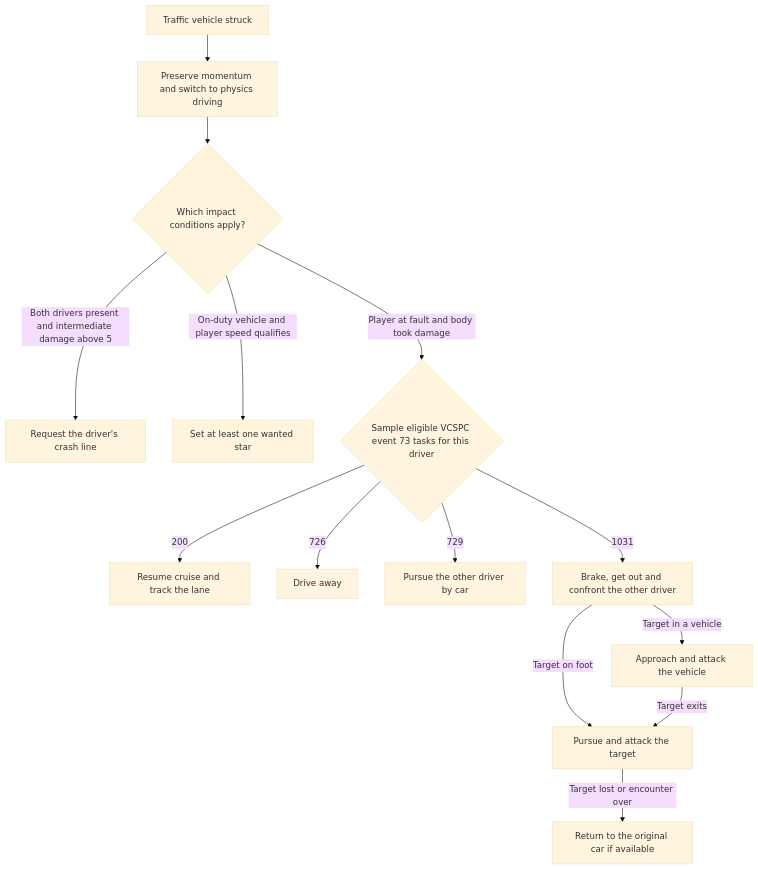
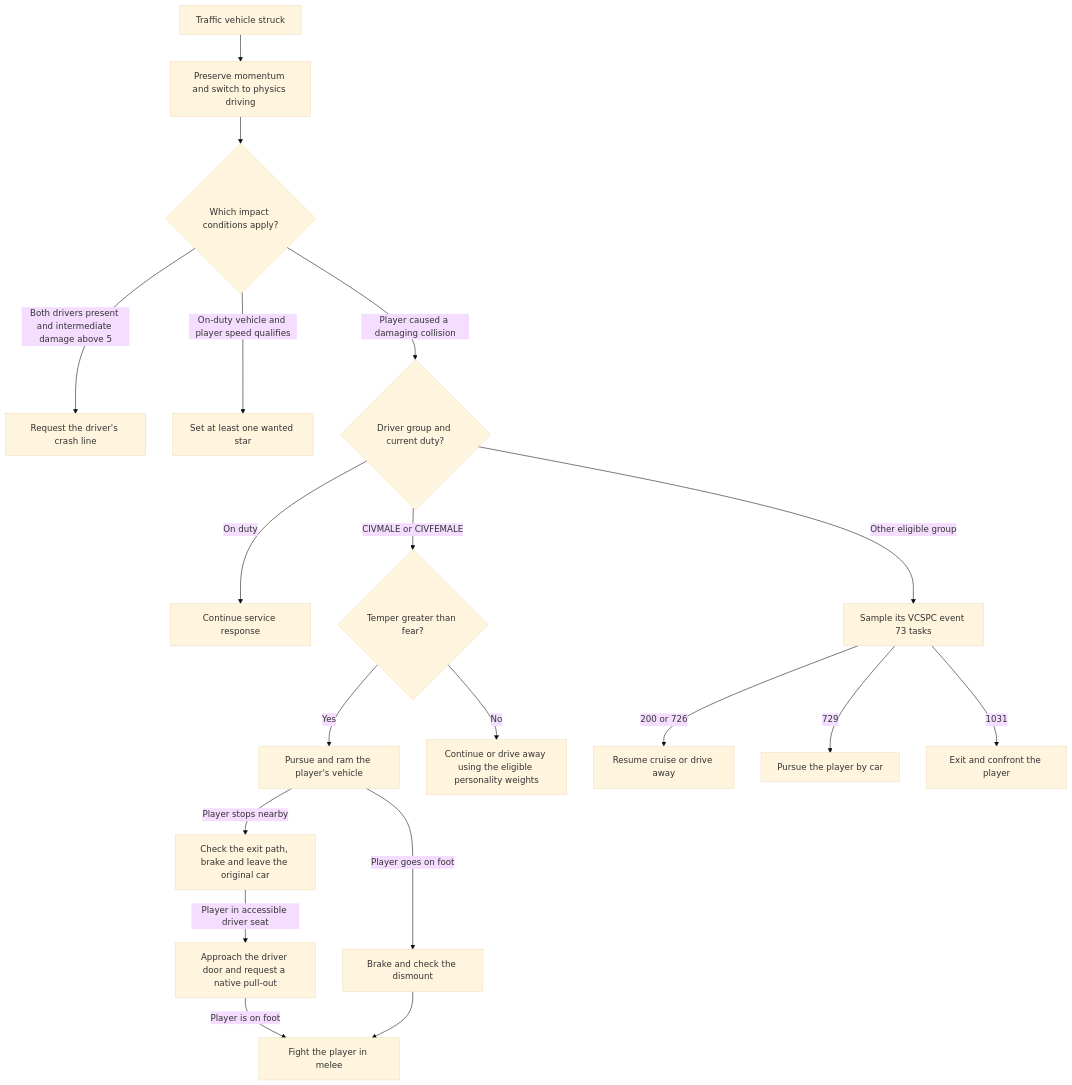
The diagram in docs/vcs-vehicle-impact.md (gta191977649/MTA-VCS), drawn with Mermaid (base theme) before and after one commit. The commit also changed other lines of this file and 64 other files, not shown here.

````diff
--- a/docs/vcs-vehicle-impact.md
+++ b/docs/vcs-vehicle-impact.md
@@ -68,16 +68,21 @@
 ```mermaid
 flowchart TD
     A["Traffic vehicle struck"] --> B["Preserve momentum and switch to physics driving"]
     B --> C{"Which impact conditions apply?"}
     C -->|Both drivers present and intermediate damage above 5| D["Request the driver's crash line"]
     C -->|On-duty vehicle and player speed qualifies| E["Set at least one wanted star"]
-    C -->|Player at fault and body took damage| F{"Sample eligible VCSPC event 73 tasks for this driver"}
-    F -->|200| G["Resume cruise and track the lane"]
-    F -->|726| H["Drive away"]
-    F -->|729| I["Pursue the other driver by car"]
-    F -->|1031| J["Brake, get out and confront the other driver"]
-    J -->|Target in a vehicle| K["Approach and attack the vehicle"]
-    J -->|Target on foot| L["Pursue and attack the target"]
-    K -->|Target exits| L
-    L -->|Target lost or encounter over| M["Return to the original car if available"]
+    C -->|Player caused a damaging collision| F{"Driver group and current duty?"}
+    F -->|On duty| R["Continue service response"]
+    F -->|CIVMALE or CIVFEMALE| T{"Temper greater than fear?"}
+    T -->|Yes| I["Pursue and ram the player's vehicle"]
+    T -->|No| H["Continue or drive away using the eligible personality weights"]
+    F -->|Other eligible group| J["Sample its VCSPC event 73 tasks"]
+    J -->|200 or 726| G["Resume cruise or drive away"]
+    J -->|729| P["Pursue the player by car"]
+    J -->|1031| Q["Exit and confront the player"]
+    I -->|Player stops nearby| K["Check the exit path, brake and leave the original car"]
+    K -->|Player in accessible driver seat| V["Approach the driver door and request a native pull-out"]
+    V -->|Player is on foot| L["Fight the player in melee"]
+    I -->|Player goes on foot| M["Brake and check the dismount"]
+    M --> L
 ```
````
